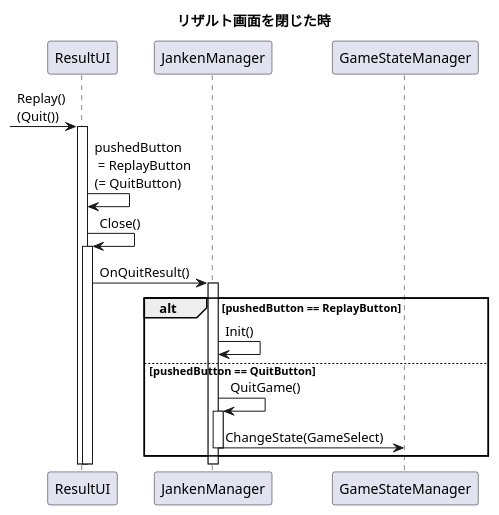
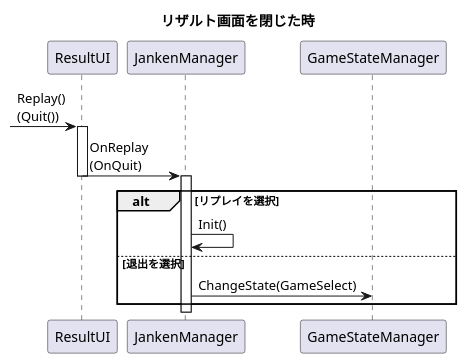
Before and after one commit to doragonn777/Minigames: the eighth of 11 diagrams in UML/Sequence/GameSequence.wsd, drawn with PlantUML. The commit also changed other lines of this file and 1 other file, not shown here.

```diff
--- a/UML/Sequence/GameSequence.wsd
+++ b/UML/Sequence/GameSequence.wsd
@@ -258,23 +288,17 @@
 @startuml
 title リザルト画面を閉じた時
 
 -> ResultUI : Replay()\n(Quit())
 activate ResultUI
 
-ResultUI -> ResultUI : pushedButton\n = ReplayButton\n(= QuitButton)
-
-ResultUI -> ResultUI : Close()
-activate ResultUI
-
-ResultUI -> JankenManager : OnQuitResult()
+ResultUI -> JankenManager : OnReplay\n(OnQuit)
+deactivate ResultUI
 activate JankenManager
 
-alt pushedButton == ReplayButton
+alt リプレイを選択
 JankenManager -> JankenManager : Init()
-else pushedButton == QuitButton
-JankenManager -> JankenManager : QuitGame()
-activate JankenManager
+
+else 退出を選択
 JankenManager -> GameStateManager : ChangeState(GameSelect)
-deactivate JankenManager
-end 
+end
 @enduml
```
